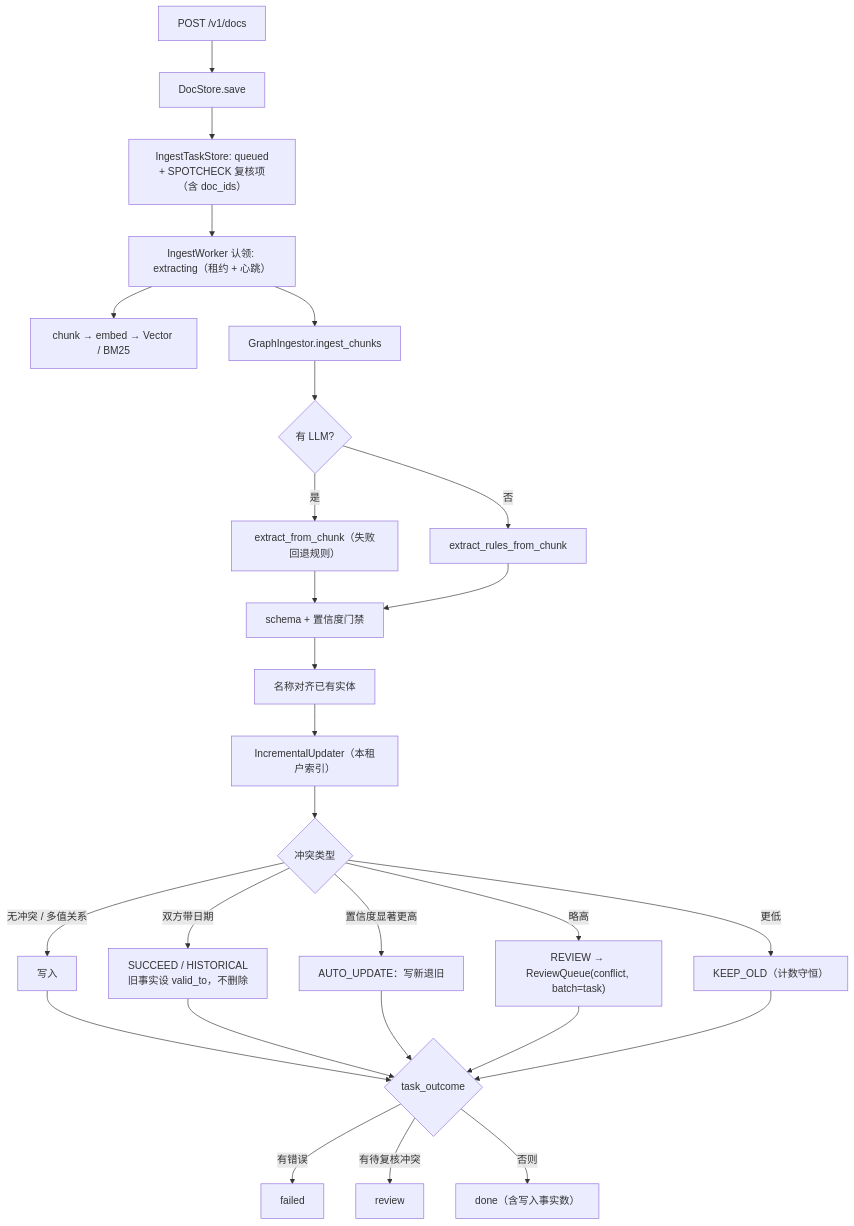
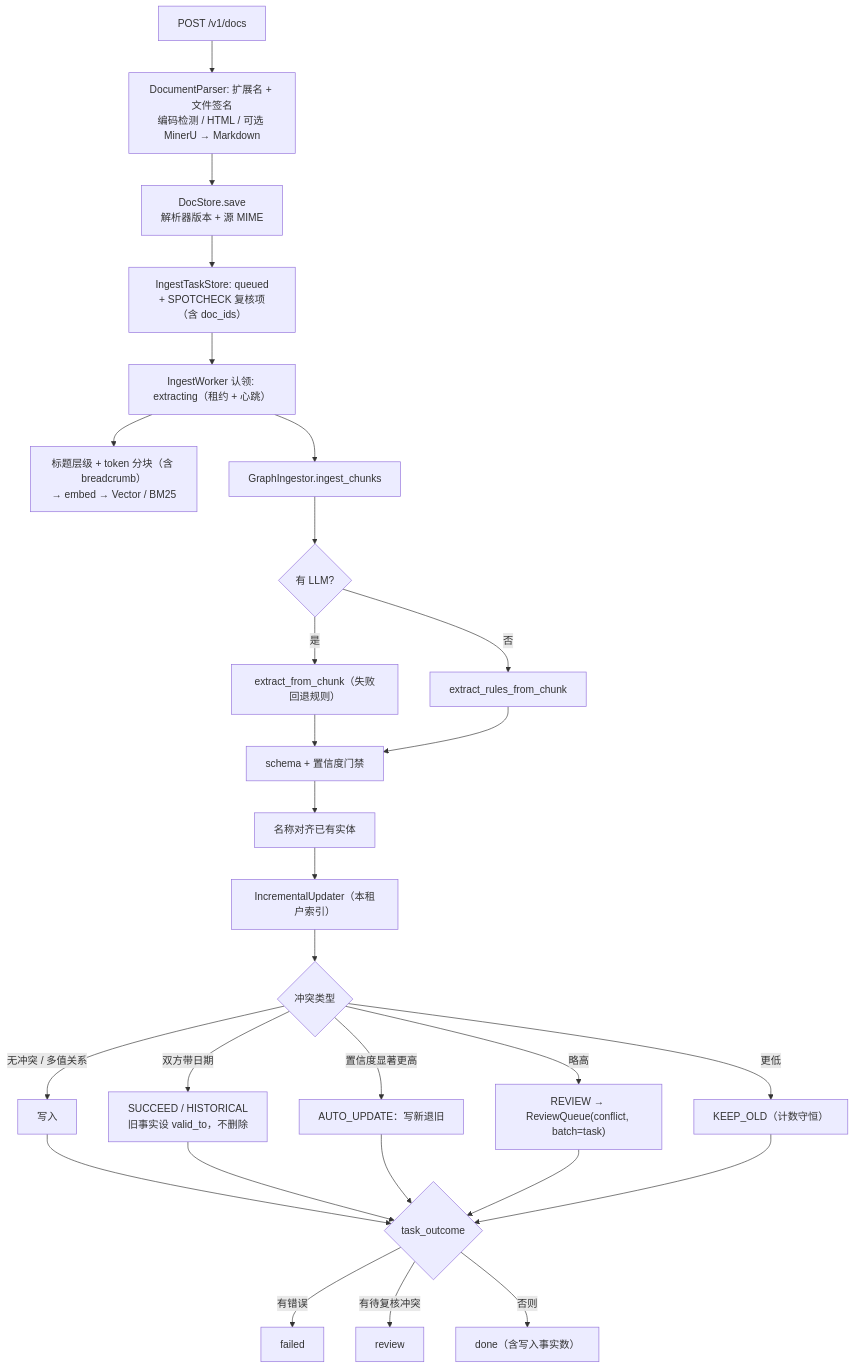
Before and after one commit to RightCloudhub/AG: the third of 5 diagrams in docs/design/BUSINESS_LOGIC.md, drawn with Mermaid. The commit also changed other lines of this file and 42 other files, not shown here.

Commit message:
feat(ingest): add document parsers and token chunking

````diff
--- a/docs/design/BUSINESS_LOGIC.md
+++ b/docs/design/BUSINESS_LOGIC.md
@@ -138,27 +138,28 @@
 ```mermaid
 flowchart TB
-    A1["POST /v1/docs"] --> A2["DocStore.save"] --> A3["IngestTaskStore: queued<br/>+ SPOTCHECK 复核项（含 doc_ids）"]
+    A1["POST /v1/docs"] --> P1["DocumentParser: 扩展名 + 文件签名<br/>编码检测 / HTML / 可选 MinerU → Markdown"]
+    P1 --> A2["DocStore.save<br/>解析器版本 + 源 MIME"] --> A3["IngestTaskStore: queued<br/>+ SPOTCHECK 复核项（含 doc_ids）"]
     A3 --> A4["IngestWorker 认领: extracting（租约 + 心跳）"]
-    A4 --> A5["chunk → embed → Vector / BM25"]
+    A4 --> A5["标题层级 + token 分块（含 breadcrumb）<br/>→ embed → Vector / BM25"]
     A4 --> A6["GraphIngestor.ingest_chunks"]
     A6 --> A7{"有 LLM?"}
     A7 -->|"是"| A8["extract_from_chunk（失败回退规则）"]
     A7 -->|"否"| A9["extract_rules_from_chunk"]
     A8 --> A10["schema + 置信度门禁"]
     A9 --> A10
     A10 --> A11["名称对齐已有实体"] --> A12["IncrementalUpdater（本租户索引）"]
     A12 --> A13{"冲突类型"}
     A13 -->|"无冲突 / 多值关系"| W["写入"]
     A13 -->|"双方带日期"| T["SUCCEED / HISTORICAL<br/>旧事实设 valid_to，不删除"]
     A13 -->|"置信度显著更高"| AU["AUTO_UPDATE：写新退旧"]
     A13 -->|"略高"| RV["REVIEW → ReviewQueue(conflict, batch=task)"]
     A13 -->|"更低"| KO["KEEP_OLD（计数守恒）"]
     W --> OUT{"task_outcome"}
     T --> OUT
     AU --> OUT
     RV --> OUT
     KO --> OUT
     OUT -->|"有错误"| F["failed"]
     OUT -->|"有待复核冲突"| R["review"]
     OUT -->|"否则"| D["done（含写入事实数）"]
 ```
````
